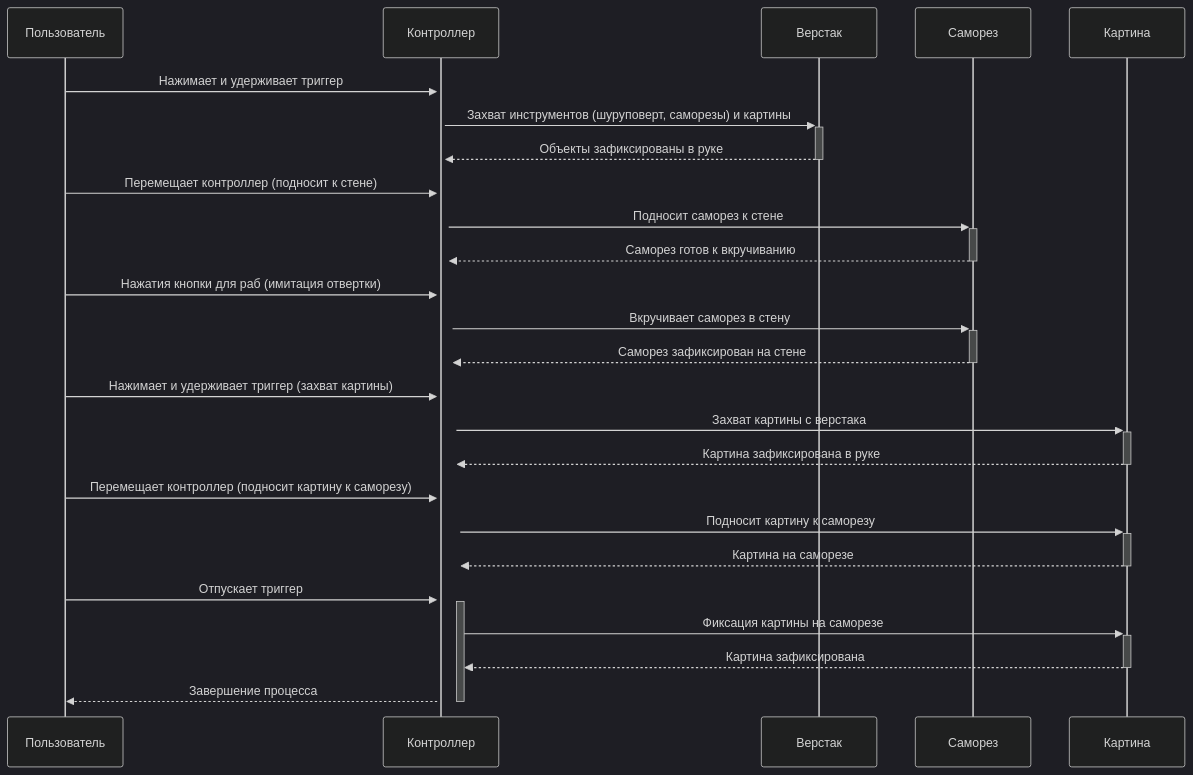
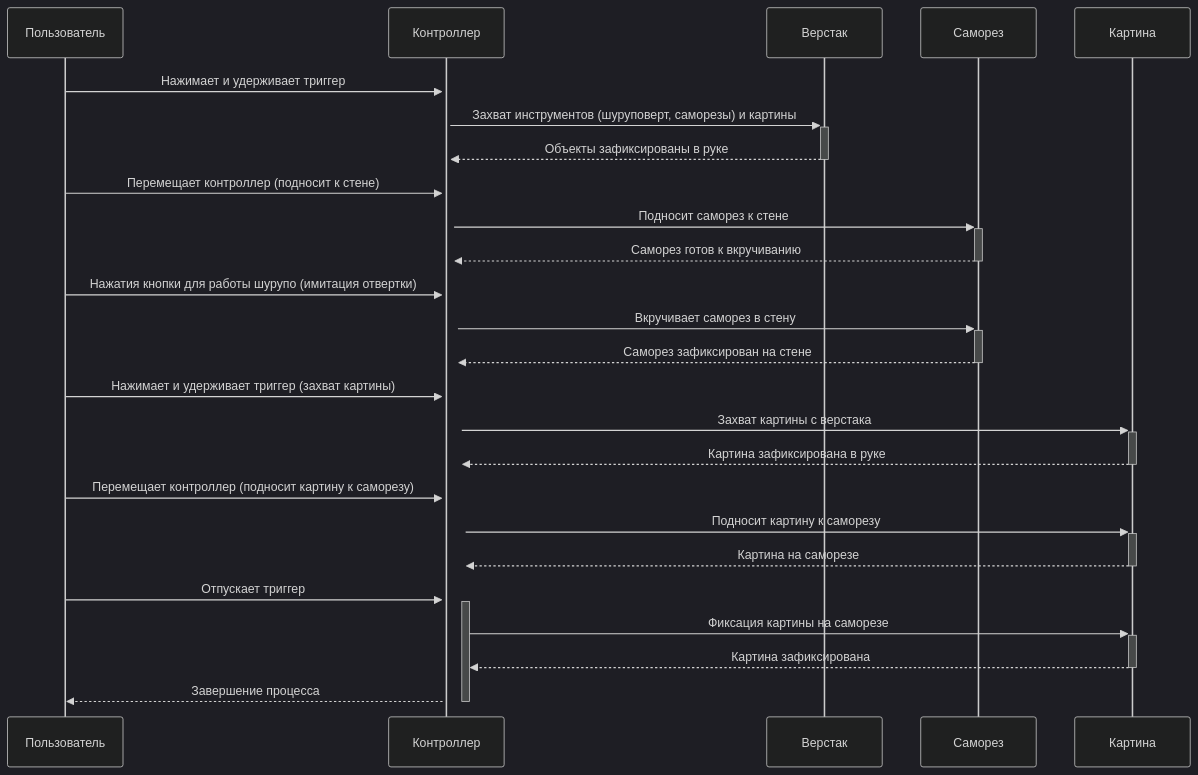
One commit to NerdyCep/iodraw-files changed the diagram in all/не называться-1.md. Above: the diagram before and after it, drawn with Mermaid (dark theme).

Commit message:
2025-02-25 18:24:32 update

````diff
--- a/all/не называться-1.md
+++ b/all/не называться-1.md
@@ -1,29 +1,29 @@
 ```mermaid
 sequenceDiagram
     participant Пользователь
     participant Контроллер
     participant Верстак
     participant Саморез
     participant Картина
     
 
     Пользователь->>+Контроллер: Нажимает и удерживает триггер
     Контроллер->>+Верстак: Захват инструментов (шуруповерт, саморезы) и картины
     Верстак-->>-Контроллер: Объекты зафиксированы в руке
     Пользователь->>+Контроллер: Перемещает контроллер (подносит к стене)
     Контроллер->>+Саморез: Подносит саморез к стене
     Саморез-->>-Контроллер: Саморез готов к вкручиванию
-    Пользователь->>+Контроллер: Нажатия кнопки для раб (имитация отвертки)
+    Пользователь->>+Контроллер: Нажатия кнопки для работы шурупо (имитация отвертки)
     Контроллер->>+Саморез: Вкручивает саморез в стену
     Саморез-->>-Контроллер: Саморез зафиксирован на стене
     Пользователь->>+Контроллер: Нажимает и удерживает триггер (захват картины)
     Контроллер->>+Картина: Захват картины с верстака
     Картина-->>-Контроллер: Картина зафиксирована в руке
     Пользователь->>+Контроллер: Перемещает контроллер (подносит картину к саморезу)
     Контроллер->>+Картина: Подносит картину к саморезу
     Картина-->>-Контроллер: Картина на саморезе
     Пользователь->>+Контроллер: Отпускает триггер
     Контроллер->>+Картина: Фиксация картины на саморезе
     Картина-->>-Контроллер: Картина зафиксирована
     Контроллер-->>-Пользователь: Завершение процесса
 ```
````
